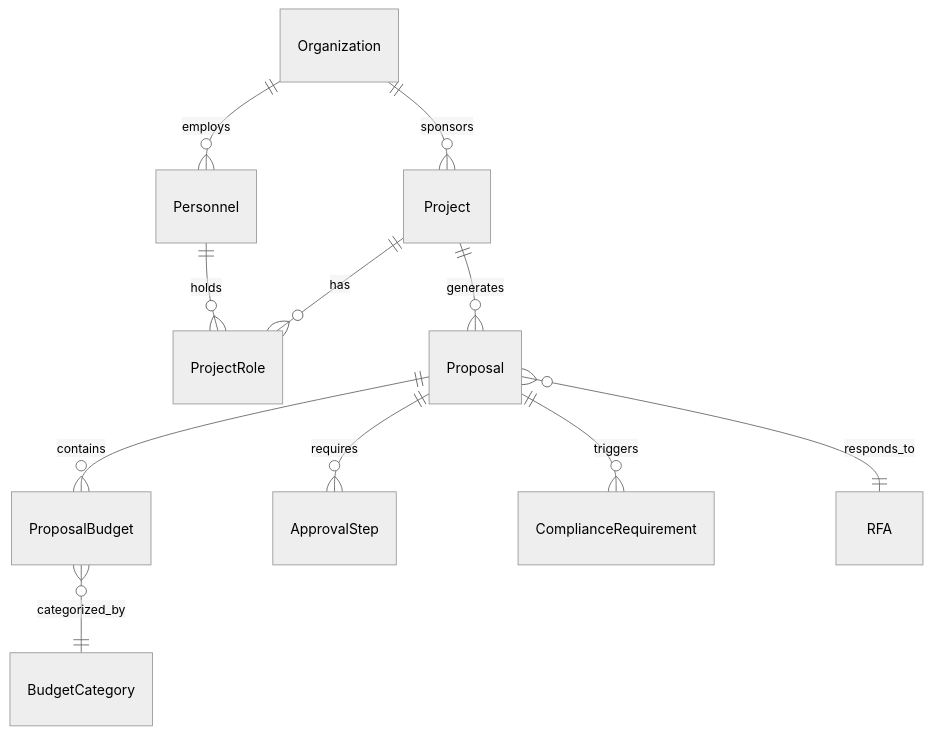
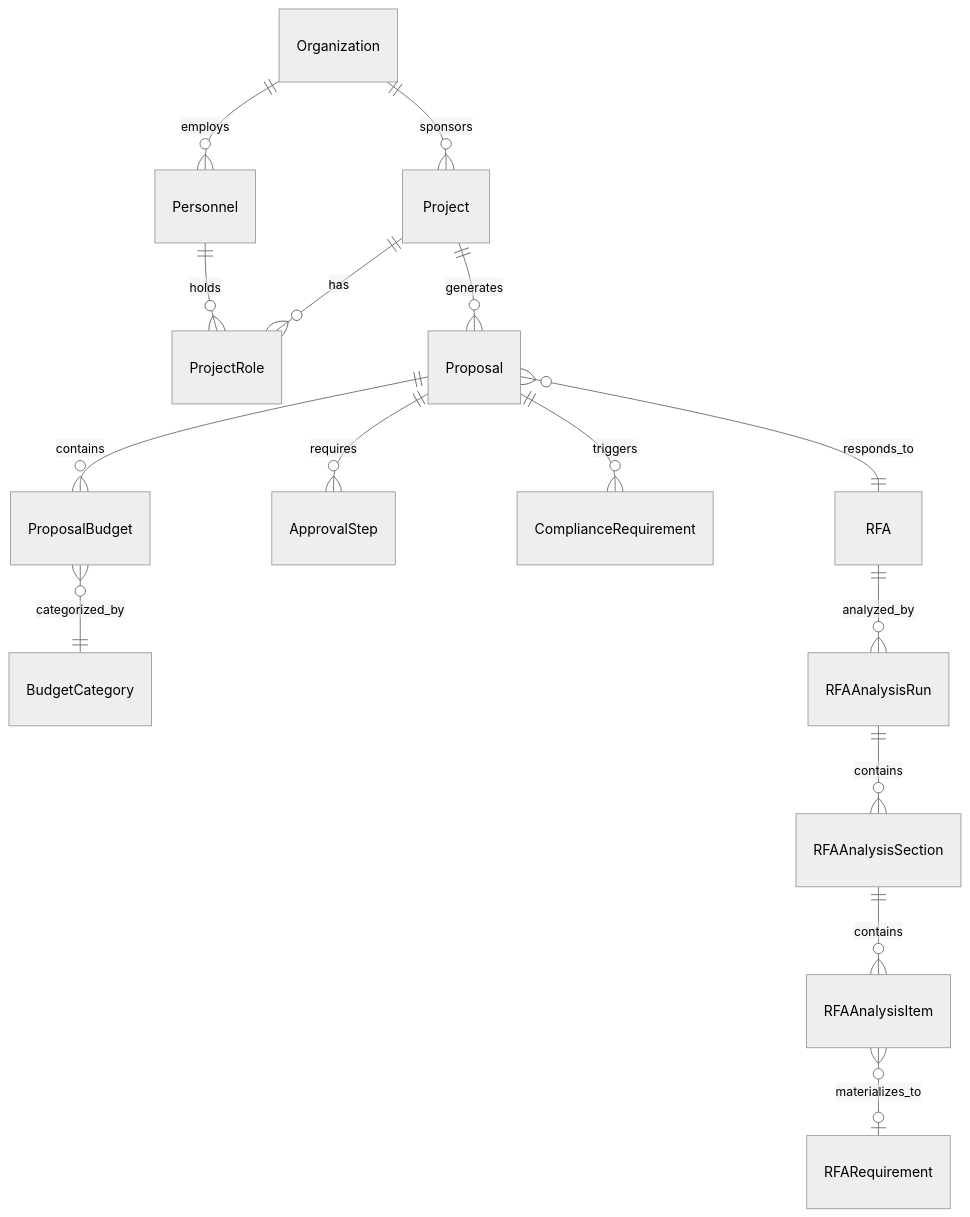
The diagram in docs/domains/research-admin.md (ui-insight/data-governance), drawn with Mermaid (neutral theme) before and after one commit. The commit also changed other lines of this file and 6 other files, not shown here.

````diff
--- a/docs/domains/research-admin.md
+++ b/docs/domains/research-admin.md
@@ -21,13 +22,17 @@
 ```mermaid
 erDiagram
     Organization ||--o{ Project : sponsors
     Organization ||--o{ Personnel : employs
     Personnel ||--o{ ProjectRole : holds
     Project ||--o{ ProjectRole : has
     Project ||--o{ Proposal : generates
     Proposal ||--o{ ProposalBudget : contains
     Proposal ||--o{ ApprovalStep : requires
     Proposal ||--o{ ComplianceRequirement : triggers
     Proposal }o--|| RFA : responds_to
     ProposalBudget }o--|| BudgetCategory : categorized_by
+    RFA ||--o{ RFAAnalysisRun : analyzed_by
+    RFAAnalysisRun ||--o{ RFAAnalysisSection : contains
+    RFAAnalysisSection ||--o{ RFAAnalysisItem : contains
+    RFAAnalysisItem }o--o| RFARequirement : materializes_to
 ```
````
